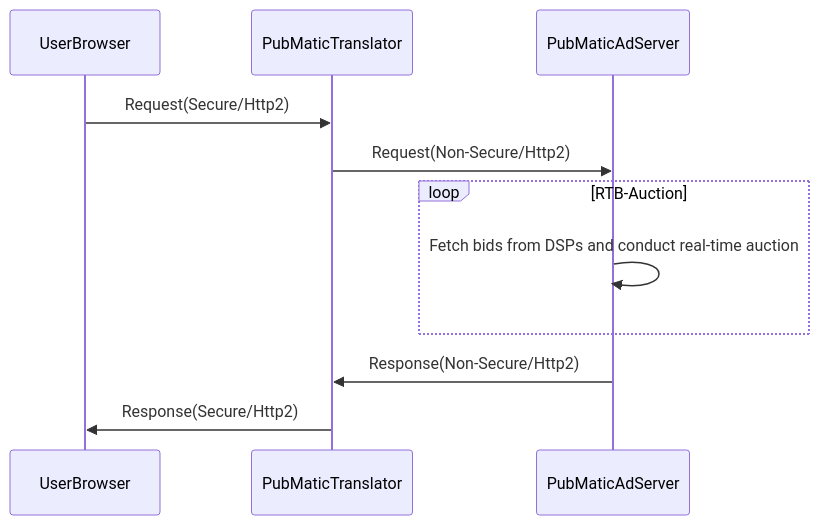
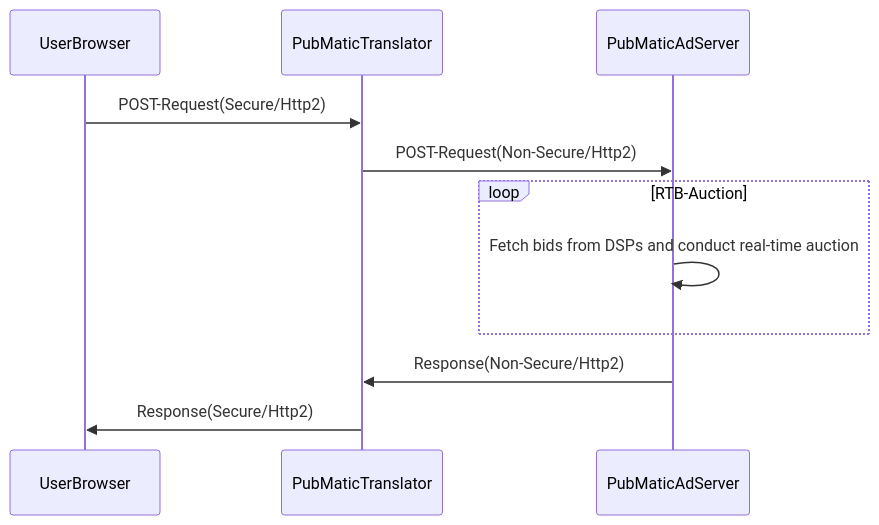
One commit to pm-harshad-mane/mermaid-test changed the second of 3 diagrams in cf-translator.md. Above: the diagram before and after it, drawn with Mermaid. The commit also changed other lines of this file, not shown here.

````diff
--- a/cf-translator.md
+++ b/cf-translator.md
@@ -15,13 +15,13 @@
 ```mermaid
 sequenceDiagram
     participant UserBrowser
     participant PubMaticTranslator
     participant PubMaticAdServer
-    UserBrowser->>PubMaticTranslator: Request(Secure/Http2)
-    PubMaticTranslator->>PubMaticAdServer: Request(Non-Secure/Http2)
+    UserBrowser->>PubMaticTranslator: POST-Request(Secure/Http2)
+    PubMaticTranslator->>PubMaticAdServer: POST-Request(Non-Secure/Http2)
     loop RTB-Auction
         PubMaticAdServer->>PubMaticAdServer: Fetch bids from DSPs and conduct real-time auction
     end
     PubMaticAdServer->>PubMaticTranslator: Response(Non-Secure/Http2)
     PubMaticTranslator->>UserBrowser: Response(Secure/Http2)   
 ```
````
